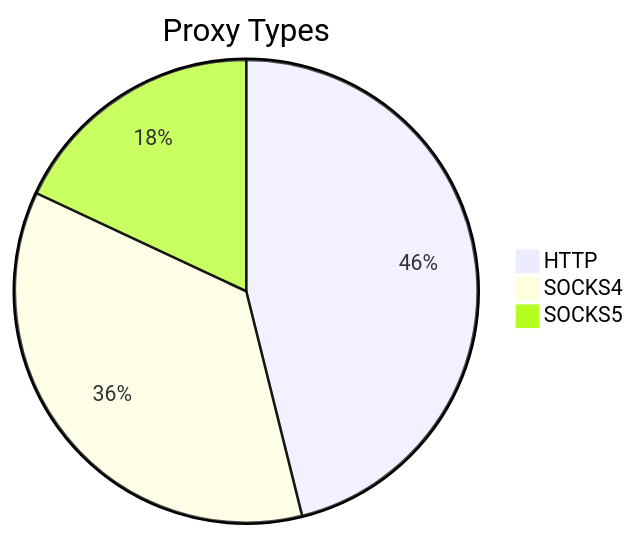
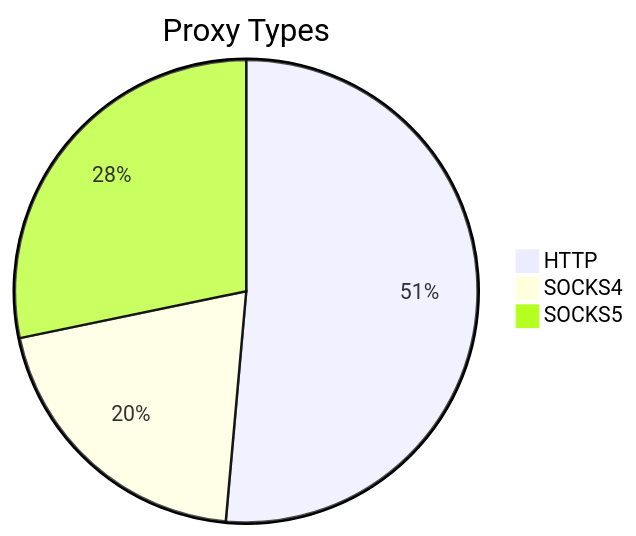
Before and after one commit to stormsia/proxy-list: the first of 2 diagrams in README.md, drawn with Mermaid. The commit also changed other lines of this file, not shown here.

````diff
--- a/README.md
+++ b/README.md
@@ -21,6 +21,6 @@
 ```mermaid
 pie title Proxy Types
-    "HTTP" : 202
-    "SOCKS4" : 157
-    "SOCKS5" : 79
+    "HTTP" : 91
+    "SOCKS4" : 36
+    "SOCKS5" : 50
 ```
````
